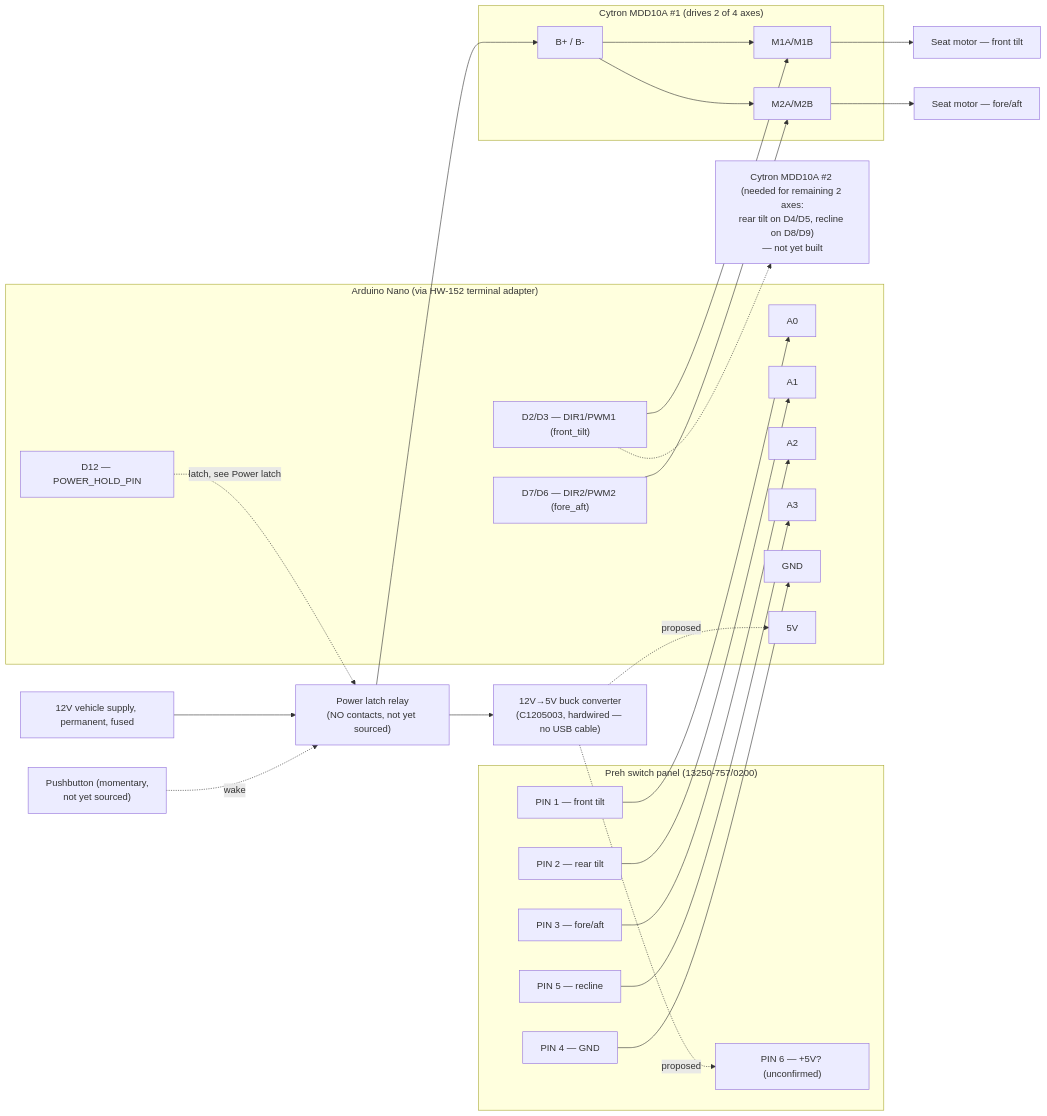
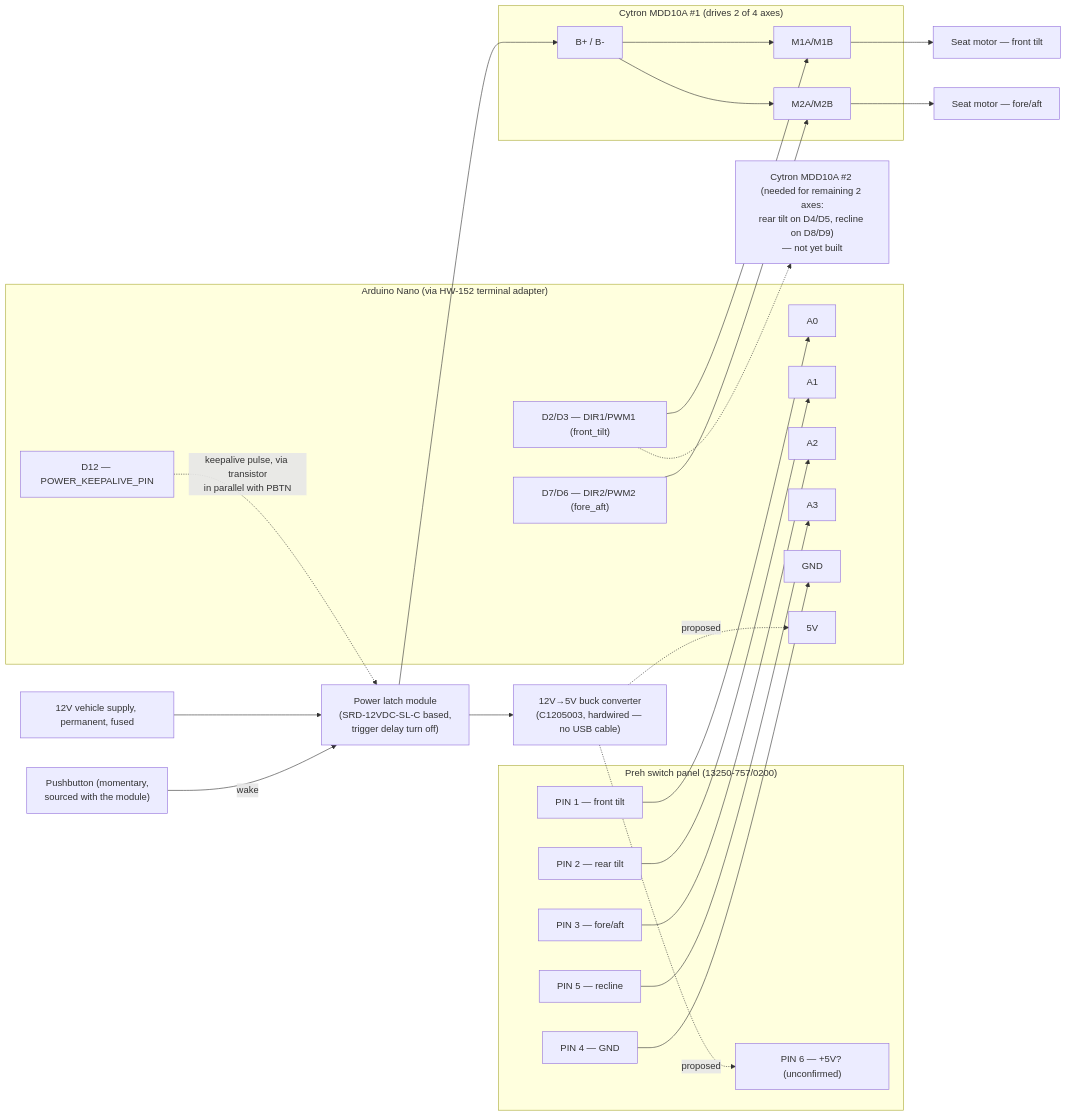
One commit to nodecentral/Audi-Seat-Controller-Arduino-Project changed the diagram in README.md. Above: the diagram before and after it, drawn with Mermaid. The commit also changed other lines of this file and 1 other file, not shown here.

First line of the commit message:
Switch power latch design to a sourced trigger-delay relay module

````diff
--- a/README.md
+++ b/README.md
@@ -171,56 +170,56 @@
 ```mermaid
 flowchart LR
     subgraph SWITCH["Preh switch panel (13250-757/0200)"]
         P1["PIN 1 — front tilt"]
         P2["PIN 2 — rear tilt"]
         P3["PIN 3 — fore/aft"]
         P5["PIN 5 — recline"]
         P4["PIN 4 — GND"]
         P6["PIN 6 — +5V? (unconfirmed)"]
     end
 
     subgraph NANO["Arduino Nano (via HW-152 terminal adapter)"]
         A0["A0"]
         A1["A1"]
         A2["A2"]
         A3["A3"]
         GND1["GND"]
         FIVEV["5V"]
         CTRL1["D2/D3 — DIR1/PWM1 (front_tilt)"]
         CTRL2["D7/D6 — DIR2/PWM2 (fore_aft)"]
-        HOLD["D12 — POWER_HOLD_PIN"]
+        HOLD["D12 — POWER_KEEPALIVE_PIN"]
     end
 
     subgraph DRV1["Cytron MDD10A #1 (drives 2 of 4 axes)"]
         M1["M1A/M1B"]
         M2["M2A/M2B"]
         BSUP["B+ / B-"]
     end
 
     P1 --> A0
     P2 --> A1
     P3 --> A2
     P5 --> A3
     P4 --> GND1
     REG -. proposed .-> P6
     REG -. proposed .-> FIVEV
 
     CTRL1 --> M1
     CTRL2 --> M2
 
     MOT1["Seat motor — front tilt"]
     MOT2["Seat motor — fore/aft"]
     M1 --> MOT1
     M2 --> MOT2
 
-    BATT["12V vehicle supply, permanent, fused"] --> RELAY["Power latch relay<br/>(NO contacts, not yet sourced)"]
+    BATT["12V vehicle supply, permanent, fused"] --> RELAY["Power latch module<br/>(SRD-12VDC-SL-C based,<br/>trigger delay turn off)"]
     RELAY --> BSUP
     RELAY --> REG["12V→5V buck converter<br/>(C1205003, hardwired — no USB cable)"]
-    PBTN["Pushbutton (momentary,<br/>not yet sourced)"] -. wake .-> RELAY
-    HOLD -. latch, see Power latch .-> RELAY
+    PBTN["Pushbutton (momentary,<br/>sourced with the module)"] -- wake --> RELAY
+    HOLD -. keepalive pulse, via transistor<br/>in parallel with PBTN .-> RELAY
     BSUP --> M1
     BSUP --> M2
 
     DRV2["Cytron MDD10A #2 (needed for remaining 2 axes:<br/>rear tilt on D4/D5, recline on D8/D9)<br/>— not yet built"]
     CTRL1 -.-> DRV2
 ```
````
